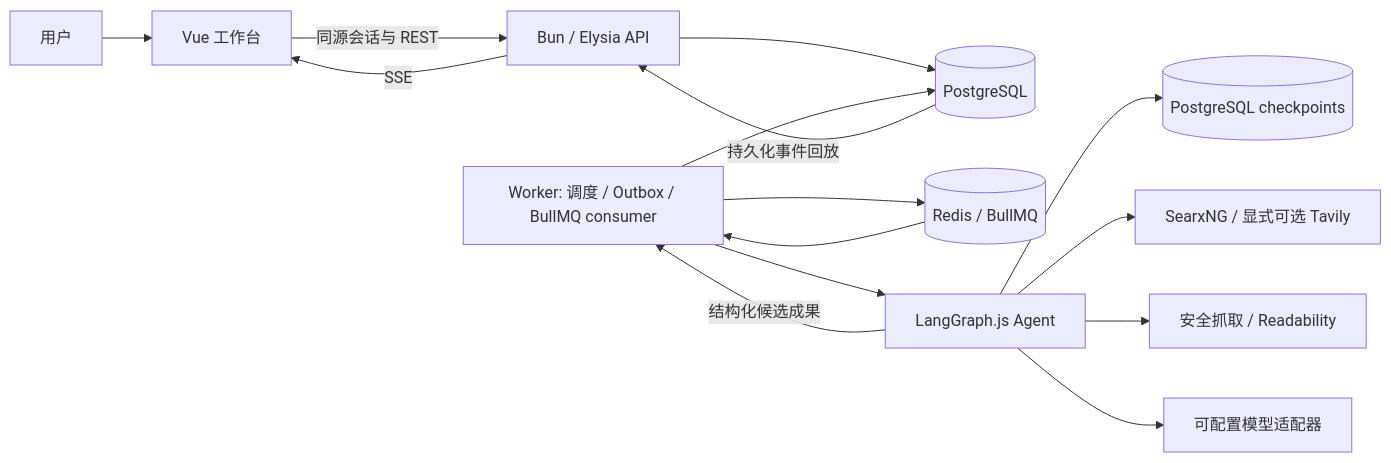
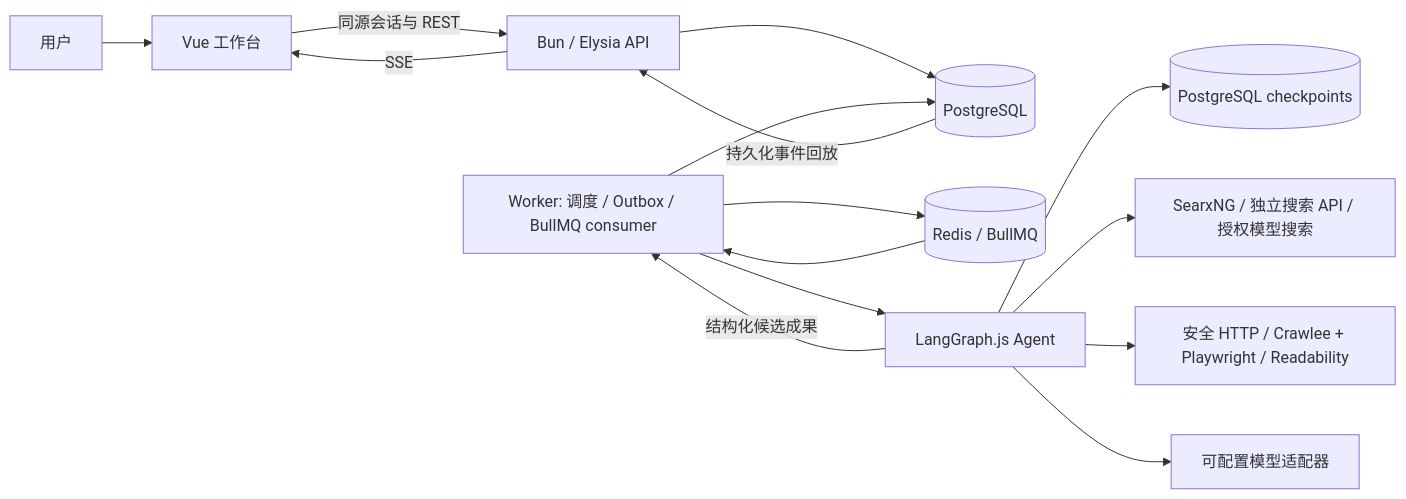
One commit to abcde1239/scova changed the first of 3 diagrams in docs/public/reference/architecture.md. Above: the diagram before and after it, drawn with Mermaid. The commit also changed other lines of this file and 69 other files, not shown here.

Commit message:
feat: add search APIs and browser reader

````diff
--- a/docs/public/reference/architecture.md
+++ b/docs/public/reference/architecture.md
@@ -11,17 +11,17 @@
 ```mermaid
 flowchart LR
   User[用户] --> Web[Vue 工作台]
   Web -->|同源会话与 REST| API[Bun / Elysia API]
   API --> PG[(PostgreSQL)]
   PG -->|持久化事件回放| API
   API -->|SSE| Web
   Worker[Worker: 调度 / Outbox / BullMQ consumer] --> PG
   Worker --> Queue[(Redis / BullMQ)]
   Queue --> Worker
   Worker --> Graph[LangGraph.js Agent]
   Graph --> CP[(PostgreSQL checkpoints)]
-  Graph --> Search[SearxNG / 显式可选 Tavily]
-  Graph --> Reader[安全抓取 / Readability]
+  Graph --> Search[SearxNG / 独立搜索 API / 授权模型搜索]
+  Graph --> Reader[安全 HTTP / Crawlee + Playwright / Readability]
   Graph --> Model[可配置模型适配器]
   Graph -->|结构化候选成果| Worker
 ```
````
